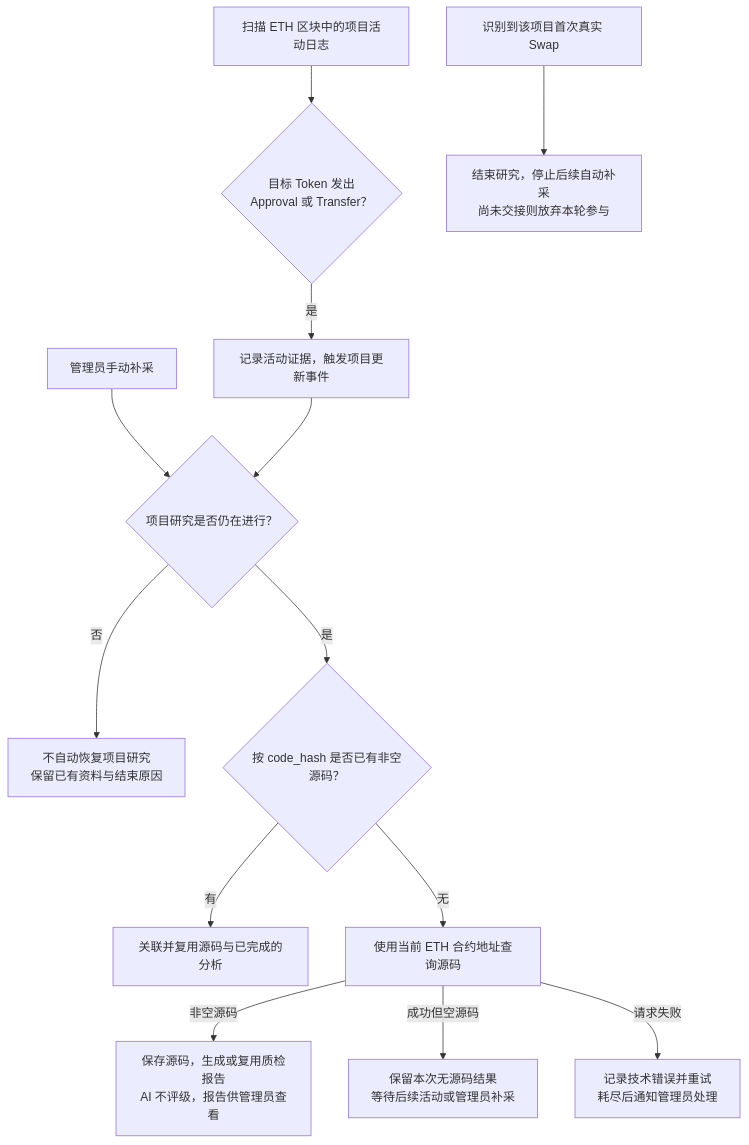
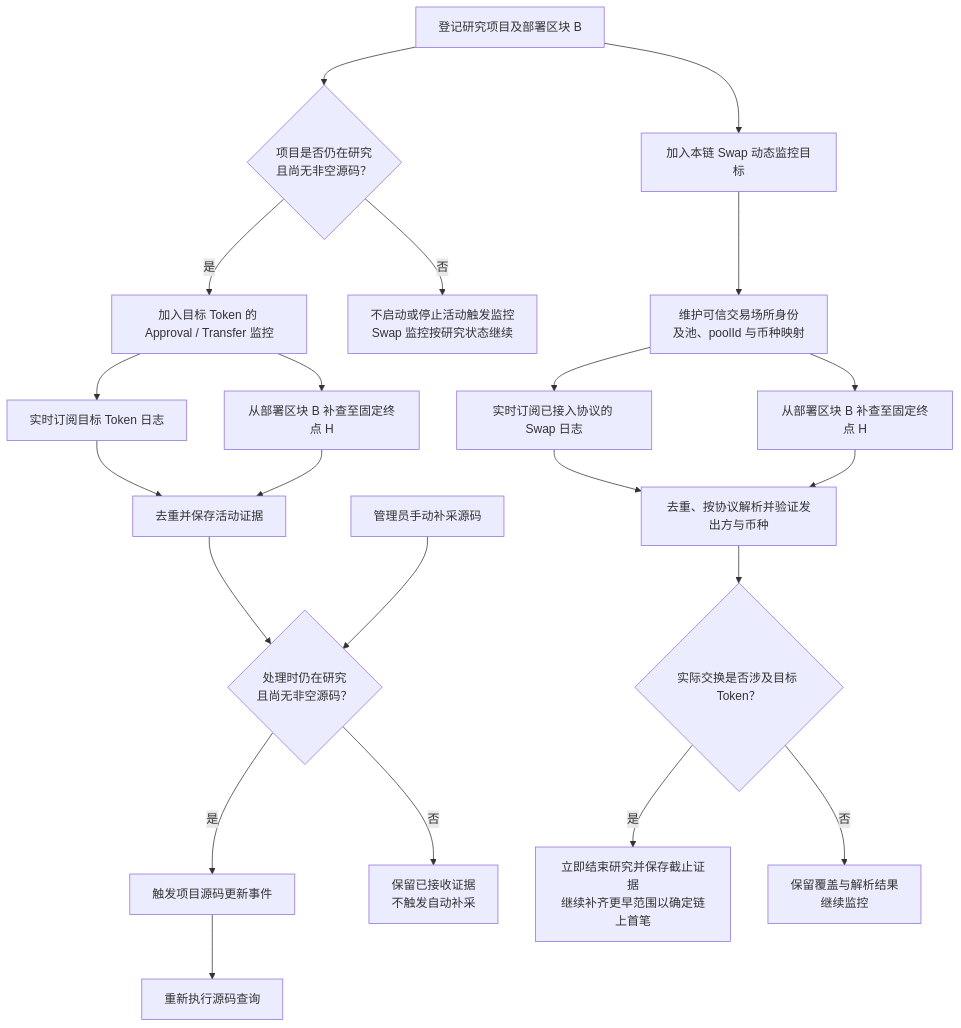
One commit to useryege/athena-o changed the diagram in docs/requirements/token/token-project-activity-flow.md. Above: the diagram before and after it, drawn with Mermaid. The commit also changed other lines of this file and 14 other files, not shown here.

````diff
--- a/docs/requirements/token/token-project-activity-flow.md
+++ b/docs/requirements/token/token-project-activity-flow.md
@@ -13,15 +23,27 @@
 ```mermaid
 flowchart TD
-    manual["管理员手动补采"] --> active{"项目研究是否仍在进行？"}
-    blocks["扫描 ETH 区块中的项目活动日志"] --> event{"目标 Token 发出<br/>Approval 或 Transfer？"}
-    event -->|是| update["记录活动证据，触发项目更新事件"]
-    update --> active
-    active -->|否| ended["不自动恢复项目研究<br/>保留已有资料与结束原因"]
-    active -->|是| cached{"按 code_hash 是否已有非空源码？"}
-    cached -->|有| reuse["关联并复用源码与已完成的分析"]
-    cached -->|无| fetch["使用当前 ETH 合约地址查询源码"]
-    fetch -->|非空源码| analyze["保存源码，生成或复用质检报告<br/>AI 不评级，报告供管理员查看"]
-    fetch -->|成功但空源码| waitActivity["保留本次无源码结果<br/>等待后续活动或管理员补采"]
-    fetch -->|请求失败| retry["记录技术错误并重试<br/>耗尽后通知管理员处理"]
-    swaps["识别到该项目首次真实 Swap"] --> stop["结束研究，停止后续自动补采<br/>尚未交接则放弃本轮参与"]
+    project["登记研究项目及部署区块 B"] --> swapTarget["加入本链 Swap 动态监控目标"]
+    project --> source{"项目是否仍在研究<br/>且尚无非空源码？"}
+    source -->|是| activityTarget["加入目标 Token 的 Approval / Transfer 监控"]
+    source -->|否| noActivity["不启动或停止活动触发监控<br/>Swap 监控按研究状态继续"]
+
+    activityTarget --> activityLive["实时订阅目标 Token 日志"]
+    activityTarget --> activityBackfill["从部署区块 B 补查至固定终点 H"]
+    activityLive --> activityEvidence["去重并保存活动证据"]
+    activityBackfill --> activityEvidence
+    activityEvidence --> eligible{"处理时仍在研究<br/>且尚无非空源码？"}
+    eligible -->|是| update["触发项目源码更新事件"]
+    eligible -->|否| ignore["保留已接收证据<br/>不触发自动补采"]
+    update --> fetch["重新执行源码查询"]
+
+    swapTarget --> mapping["维护可信交易场所身份<br/>及池、poolId 与币种映射"]
+    mapping --> swapLive["实时订阅已接入协议的 Swap 日志"]
+    mapping --> swapBackfill["从部署区块 B 补查至固定终点 H"]
+    swapLive --> verify["去重、按协议解析并验证发出方与币种"]
+    swapBackfill --> verify
+    verify --> involved{"实际交换是否涉及目标 Token？"}
+    involved -->|是| stop["立即结束研究并保存截止证据<br/>继续补齐更早范围以确定链上首笔"]
+    involved -->|否| continue["保留覆盖与解析结果<br/>继续监控"]
+
+    manual["管理员手动补采源码"] --> eligible
 ```
````
